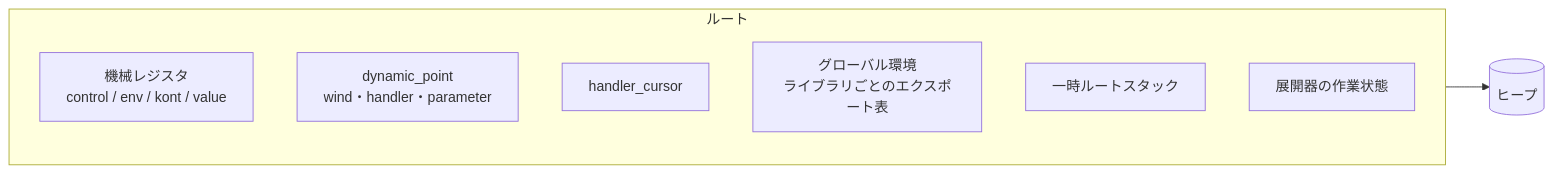
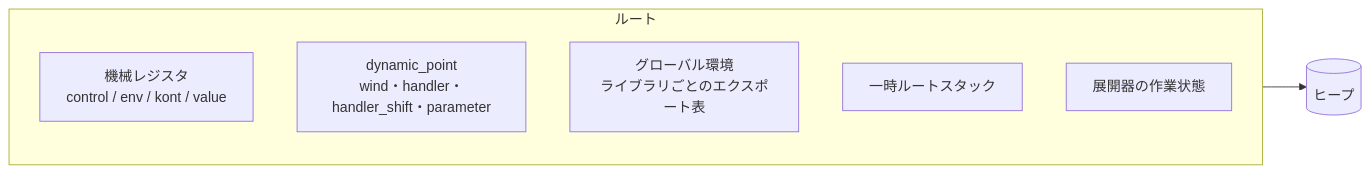
Before and after one commit to suchi/sucheme-zig: the first of 5 diagrams in docs/design/runtime.md, drawn with Mermaid. The commit also changed other lines of this file and 8 other files, not shown here.

First line of the commit message:
docs: make dynamic_point the single source for the current handler

````diff
--- a/docs/design/runtime.md
+++ b/docs/design/runtime.md
@@ -173,12 +202,11 @@
 ```mermaid
 flowchart LR
     subgraph roots[ルート]
         reg["機械レジスタ<br/>control / env / kont / value"]
-        dyn["dynamic_point<br/>wind・handler・parameter"]
-        hc["handler_cursor"]
+        dyn["dynamic_point<br/>wind・handler・handler_shift・parameter"]
         glob["グローバル環境<br/>ライブラリごとのエクスポート表"]
         tmp["一時ルートスタック"]
         exp["展開器の作業状態"]
     end
     roots --> heap[(ヒープ)]
 ```
````
